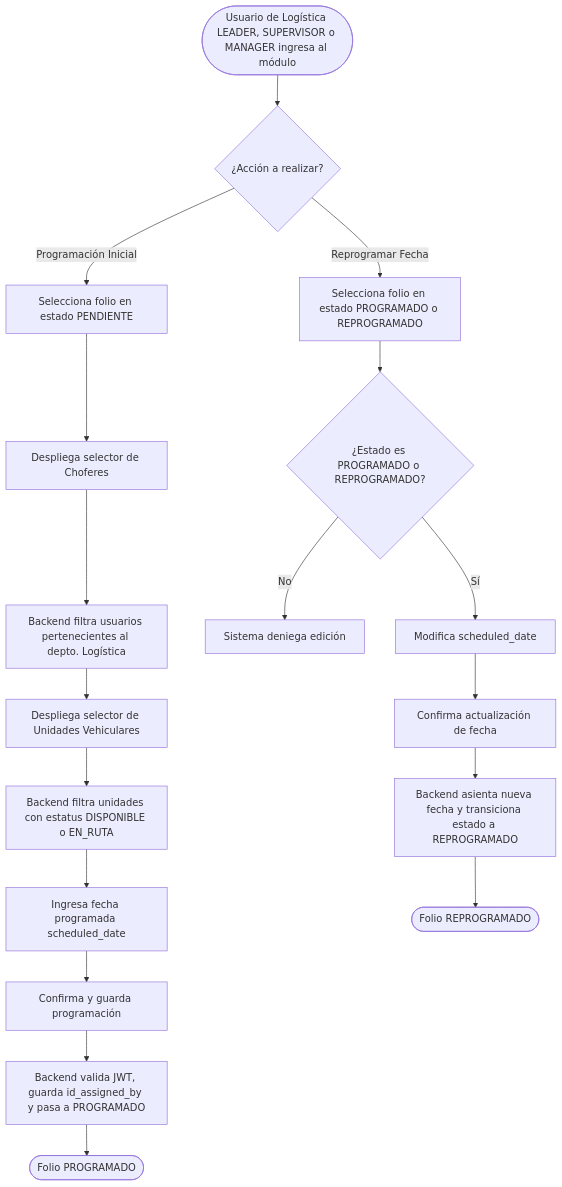
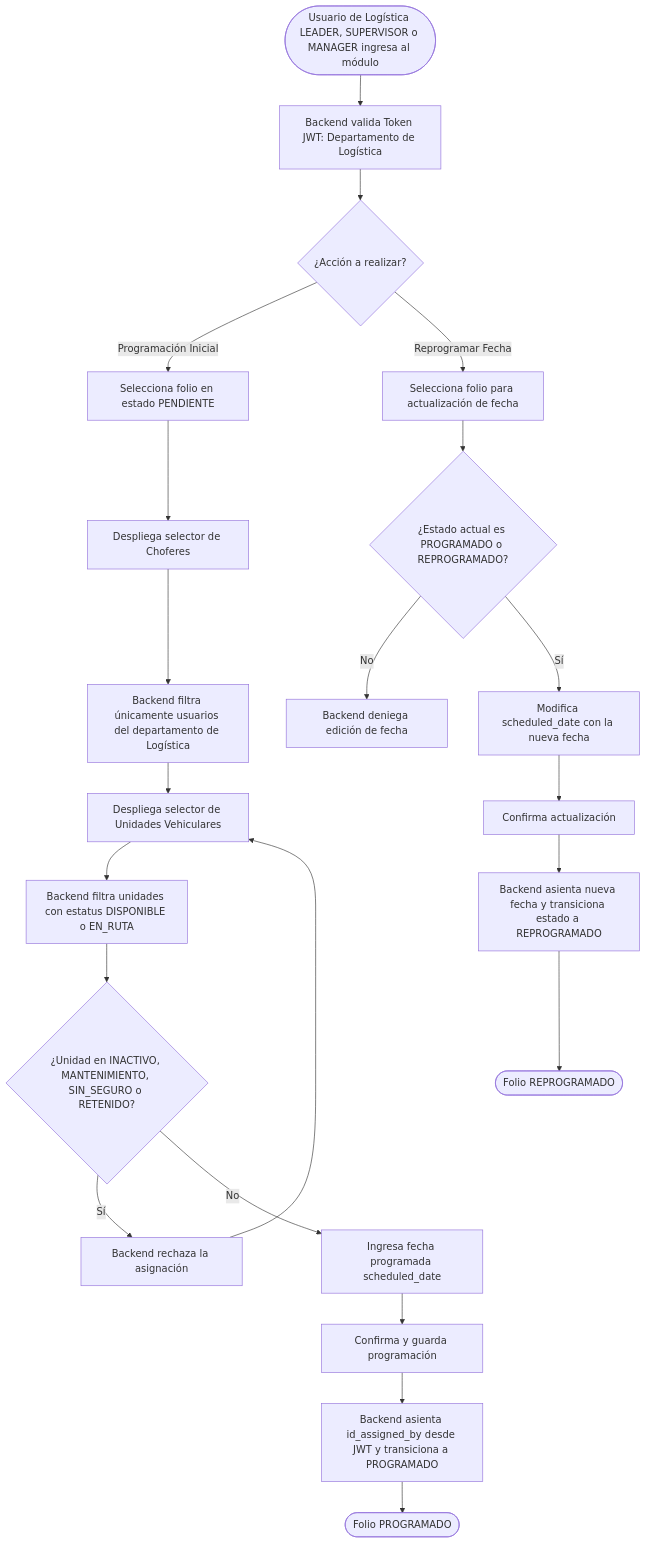
Before and after one commit to Automatizacion-KPC/KoonolApp: the third of 4 diagrams in docs/modules/product_recollection.md, drawn with Mermaid. The commit also changed other lines of this file, not shown here.

Commit message:
Se actualizó la documentación referente al módulo QLR

````diff
--- a/docs/modules/product_recollection.md
+++ b/docs/modules/product_recollection.md
@@ -205,24 +211,28 @@
 ```mermaid
 graph TD
-    A([Usuario de Logística LEADER, SUPERVISOR o MANAGER ingresa al módulo]) --> B{¿Acción a realizar?}
+    A([Usuario de Logística LEADER, SUPERVISOR o MANAGER ingresa al módulo]) --> B[Backend valida Token JWT: Departamento de Logística]
+    B --> C{¿Acción a realizar?}
 
     %% Flujo de Asignación Inicial
-    B -- Programación Inicial --> C[Selecciona folio en estado PENDIENTE]
-    C --> D[Despliega selector de Choferes]
-    D --> E[Backend filtra usuarios pertenecientes al depto. Logística]
-    E --> F[Despliega selector de Unidades Vehiculares]
-    F --> G[Backend filtra unidades con estatus DISPONIBLE o EN_RUTA]
-    G --> H[Ingresa fecha programada scheduled_date]
-    H --> I[Confirma y guarda programación]
-    I --> J[Backend valida JWT, guarda id_assigned_by y pasa a PROGRAMADO]
-    J --> K([Folio PROGRAMADO])
+    C -- Programación Inicial --> D[Selecciona folio en estado PENDIENTE]
+    D --> E[Despliega selector de Choferes]
+    E --> F[Backend filtra únicamente usuarios del departamento de Logística]
+    F --> G[Despliega selector de Unidades Vehiculares]
+    G --> H[Backend filtra unidades con estatus DISPONIBLE o EN_RUTA]
+    H --> I{¿Unidad en INACTIVO, MANTENIMIENTO, SIN_SEGURO o RETENIDO?}
+    I -- Sí --> J[Backend rechaza la asignación]
+    J --> G
+    I -- No --> K[Ingresa fecha programada scheduled_date]
+    K --> L[Confirma y guarda programación]
+    L --> M[Backend asienta id_assigned_by desde JWT y transiciona a PROGRAMADO]
+    M --> N([Folio PROGRAMADO])
 
     %% Flujo de Reprogramación
-    B -- Reprogramar Fecha --> L[Selecciona folio en estado PROGRAMADO o REPROGRAMADO]
-    L --> M{¿Estado es PROGRAMADO o REPROGRAMADO?}
-    M -- No --> N[Sistema deniega edición]
-    M -- Sí --> O[Modifica scheduled_date]
-    O --> P[Confirma actualización de fecha]
-    P --> Q[Backend asienta nueva fecha y transiciona estado a REPROGRAMADO]
-    Q --> R([Folio REPROGRAMADO])
+    C -- Reprogramar Fecha --> O[Selecciona folio para actualización de fecha]
+    O --> P{¿Estado actual es PROGRAMADO o REPROGRAMADO?}
+    P -- No --> Q[Backend deniega edición de fecha]
+    P -- Sí --> R[Modifica scheduled_date con la nueva fecha]
+    R --> S[Confirma actualización]
+    S --> T[Backend asienta nueva fecha y transiciona estado a REPROGRAMADO]
+    T --> U([Folio REPROGRAMADO])
 ```
````
